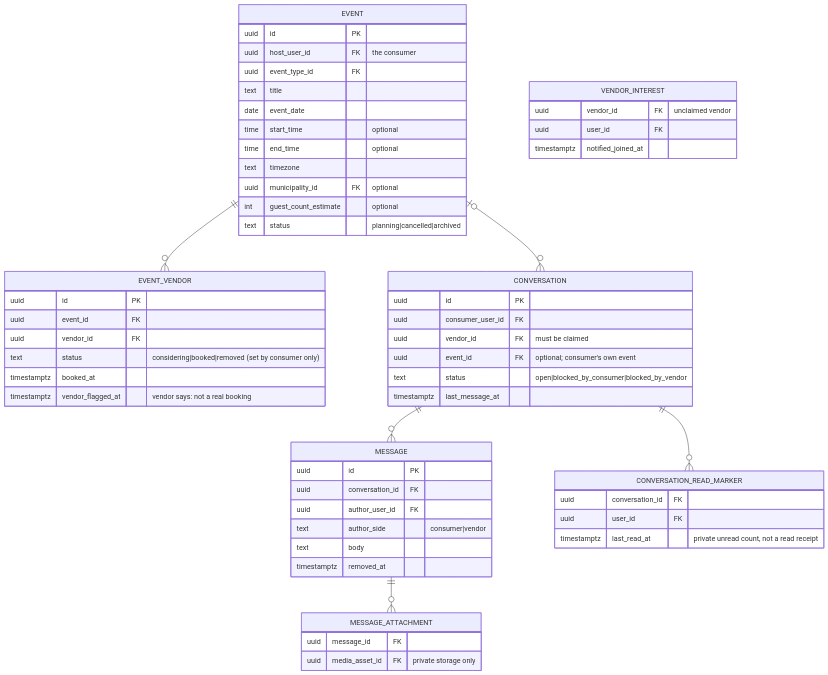
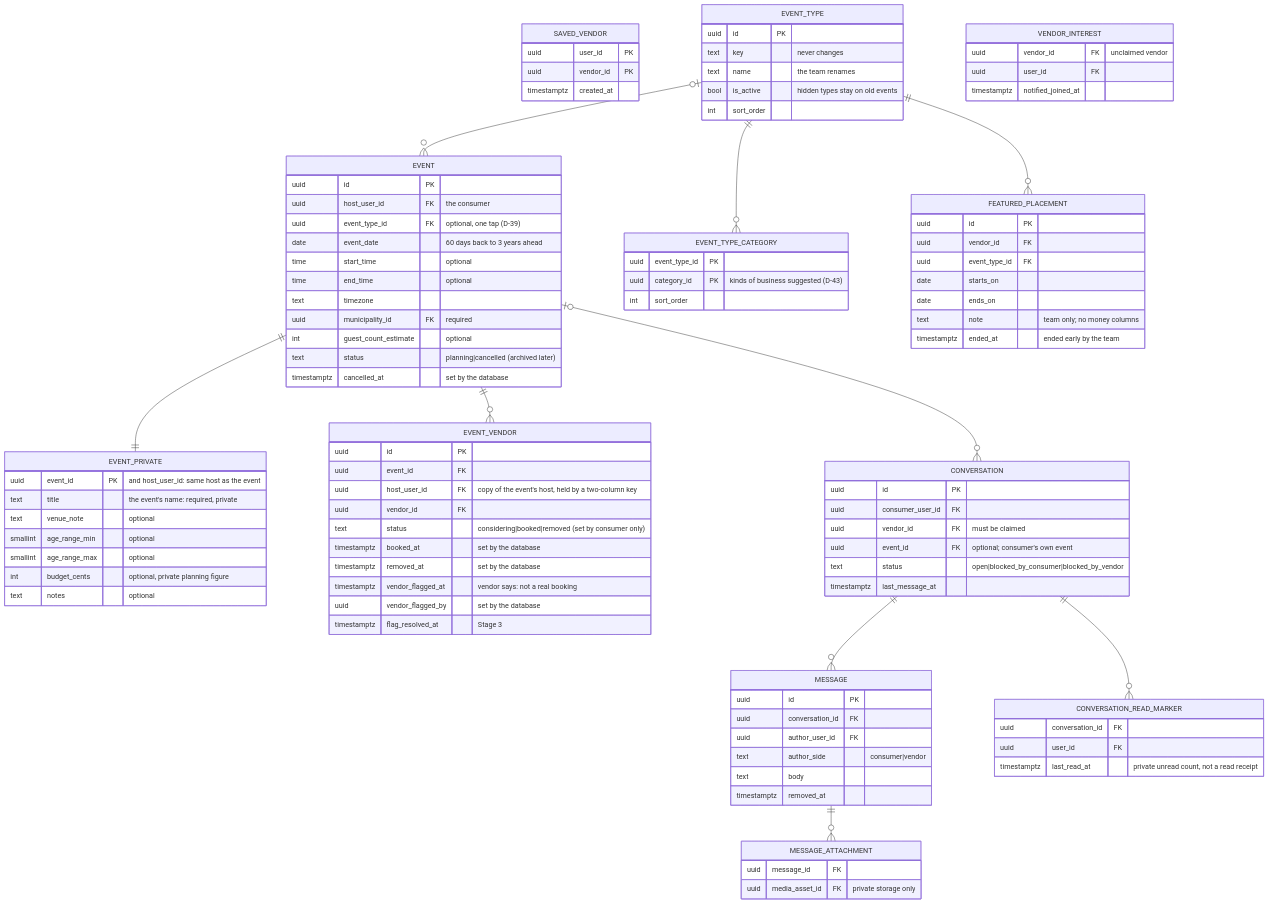
One commit to supportlocalites/betalocalites changed the fourth of 6 diagrams in docs/B-domain-and-data-model.md. Above: the diagram before and after it, drawn with Mermaid. The commit also changed other lines of this file and 74 other files, not shown here.

```diff
--- a/docs/B-domain-and-data-model.md
+++ b/docs/B-domain-and-data-model.md
@@ -170,23 +177,62 @@
     EVENT {
         uuid id PK
         uuid host_user_id FK "the consumer"
-        uuid event_type_id FK
-        text title
-        date event_date
+        uuid event_type_id FK "optional, one tap (D-39)"
+        date event_date "60 days back to 3 years ahead"
         time start_time "optional"
         time end_time "optional"
         text timezone
-        uuid municipality_id FK "optional"
+        uuid municipality_id FK "required"
         int  guest_count_estimate "optional"
-        text status "planning|cancelled|archived"
+        text status "planning|cancelled  (archived later)"
+        timestamptz cancelled_at "set by the database"
+    }
+    EVENT_PRIVATE {
+        uuid event_id PK "and host_user_id: same host as the event"
+        text title "the event's name: required, private"
+        text venue_note "optional"
+        smallint age_range_min "optional"
+        smallint age_range_max "optional"
+        int  budget_cents "optional, private planning figure"
+        text notes "optional"
     }
     EVENT_VENDOR {
         uuid id PK
         uuid event_id FK
+        uuid host_user_id FK "copy of the event's host, held by a two-column key"
         uuid vendor_id FK
         text status "considering|booked|removed  (set by consumer only)"
-        timestamptz booked_at
+        timestamptz booked_at "set by the database"
+        timestamptz removed_at "set by the database"
         timestamptz vendor_flagged_at "vendor says: not a real booking"
+        uuid vendor_flagged_by "set by the database"
+        timestamptz flag_resolved_at "Stage 3"
+    }
+    SAVED_VENDOR {
+        uuid user_id PK
+        uuid vendor_id PK
+        timestamptz created_at
+    }
+    EVENT_TYPE {
+        uuid id PK
+        text key "never changes"
+        text name "the team renames"
+        bool is_active "hidden types stay on old events"
+        int  sort_order
+    }
+    EVENT_TYPE_CATEGORY {
+        uuid event_type_id PK
+        uuid category_id PK "kinds of business suggested (D-43)"
+        int  sort_order
+    }
+    FEATURED_PLACEMENT {
+        uuid id PK
+        uuid vendor_id FK
+        uuid event_type_id FK
+        date starts_on
+        date ends_on
+        text note "team only; no money columns"
+        timestamptz ended_at "ended early by the team"
     }
     CONVERSATION {
         uuid id PK
@@ -219,6 +265,10 @@
         timestamptz notified_joined_at
     }
     EVENT ||--o{ EVENT_VENDOR : ""
+    EVENT ||--|| EVENT_PRIVATE : ""
+    EVENT_TYPE |o--o{ EVENT : ""
+    EVENT_TYPE ||--o{ EVENT_TYPE_CATEGORY : ""
+    EVENT_TYPE ||--o{ FEATURED_PLACEMENT : ""
     EVENT |o--o{ CONVERSATION : ""
     CONVERSATION ||--o{ MESSAGE : ""
     MESSAGE ||--o{ MESSAGE_ATTACHMENT : ""
```
